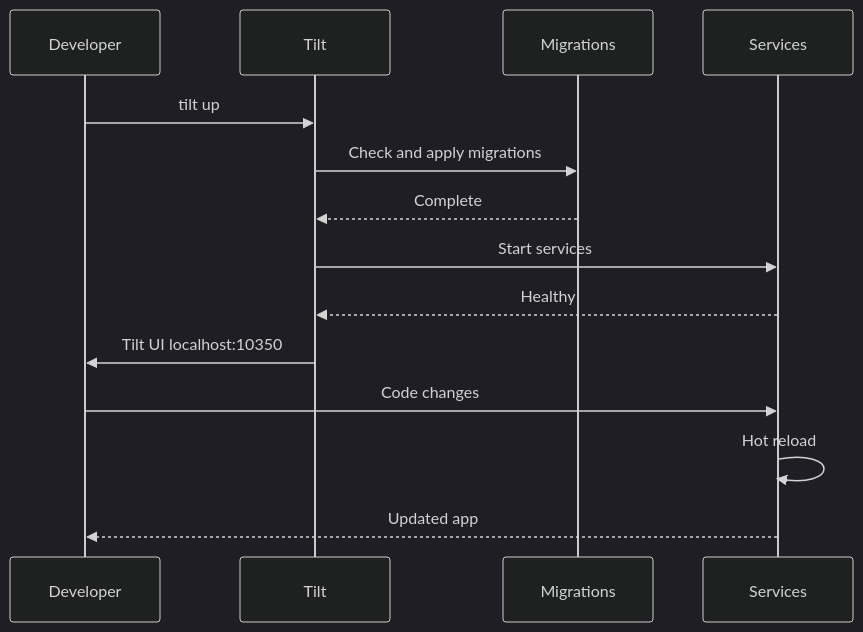
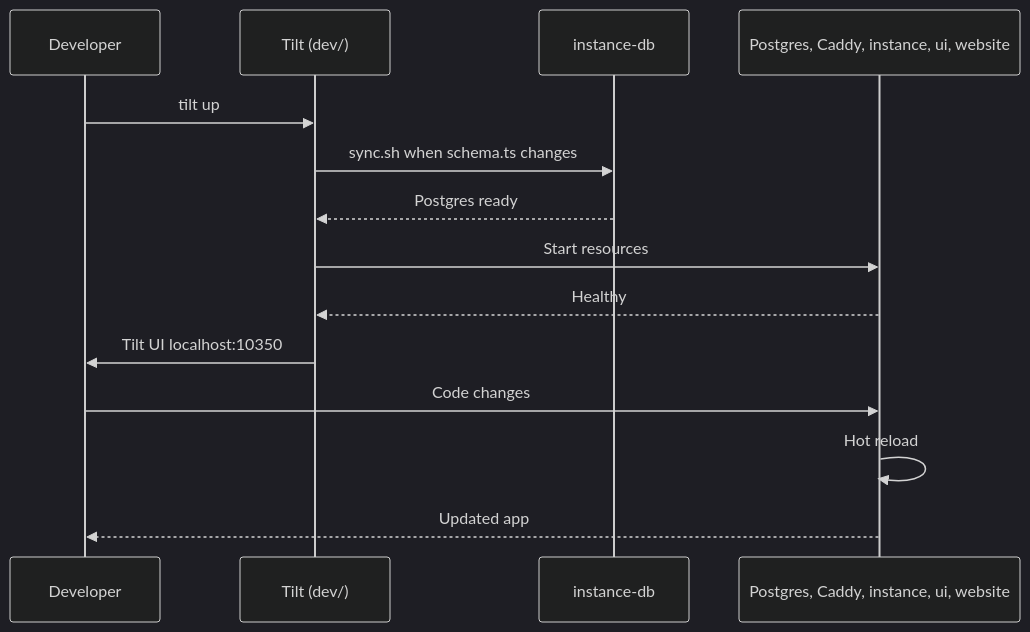
Before and after one commit to TurboPanel/website: the diagram in docs/getting-started/development.mdx, drawn with Mermaid (dark theme). The commit also changed other lines of this file and 19 other files, not shown here.

First line of the commit message:
Add redirects in Next.js configuration and update documentation for multi-repo architecture

````diff
--- a/docs/getting-started/development.mdx
+++ b/docs/getting-started/development.mdx
@@ -123,17 +139,17 @@
 ```mermaid
 sequenceDiagram
     participant Dev as Developer
-    participant Tilt as Tilt
-    participant Migrations as Migrations
-    participant Services as Services
+    participant Tilt as Tilt (dev/)
+    participant Schema as instance-db
+    participant Services as Postgres, Caddy, instance, ui, website
 
     Dev->>Tilt: tilt up
-    Tilt->>Migrations: Check and apply migrations
-    Migrations-->>Tilt: Complete
-    Tilt->>Services: Start services
+    Tilt->>Schema: sync.sh when schema.ts changes
+    Schema-->>Tilt: Postgres ready
+    Tilt->>Services: Start resources
     Services-->>Tilt: Healthy
     Tilt->>Dev: Tilt UI localhost:10350
     Dev->>Services: Code changes
     Services->>Services: Hot reload
     Services-->>Dev: Updated app
 ```
````
